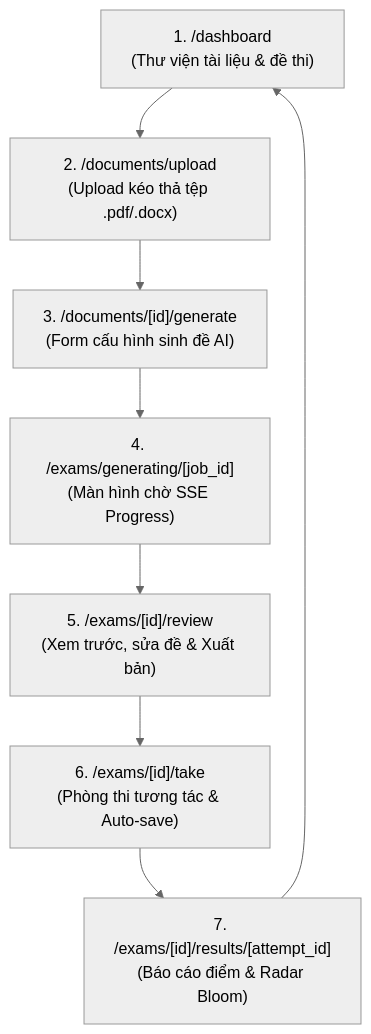
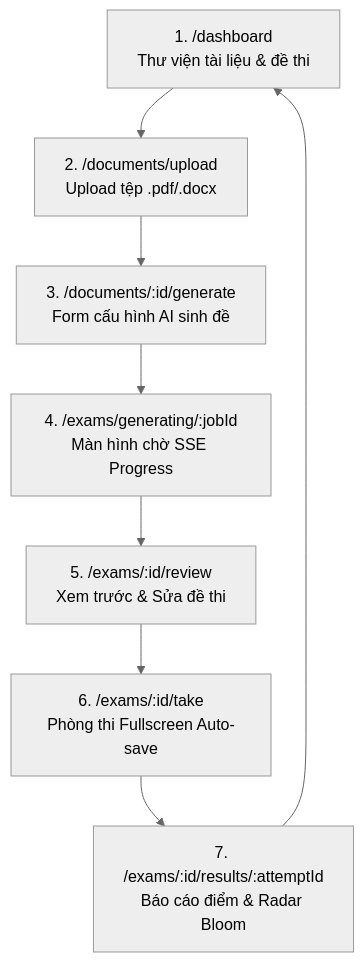
The diagram in docs/_architecture/frontend-architecture.md (LeVietAnh-189/OwnEdu), drawn with Mermaid (neutral theme) before and after one commit. The commit also changed other lines of this file and 75 other files, not shown here.

````diff
--- a/docs/_architecture/frontend-architecture.md
+++ b/docs/_architecture/frontend-architecture.md
@@ -18,18 +99,18 @@
 ```mermaid
 graph TD
-    Dashboard["1. /dashboard<br>(Thư viện tài liệu & đề thi)"]
-    Upload["2. /documents/upload<br>(Upload kéo thả tệp .pdf/.docx)"]
-    Config["3. /documents/[id]/generate<br>(Form cấu hình sinh đề AI)"]
-    Waiting["4. /exams/generating/[job_id]<br>(Màn hình chờ SSE Progress)"]
-    Review["5. /exams/[id]/review<br>(Xem trước, sửa đề & Xuất bản)"]
-    ExamRoom["6. /exams/[id]/take<br>(Phòng thi tương tác & Auto-save)"]
-    Result["7. /exams/[id]/results/[attempt_id]<br>(Báo cáo điểm & Radar Bloom)"]
+    Dashboard["1. /dashboard<br>Thư viện tài liệu & đề thi"]
+    Upload["2. /documents/upload<br>Upload tệp .pdf/.docx"]
+    Config["3. /documents/:id/generate<br>Form cấu hình AI sinh đề"]
+    Waiting["4. /exams/generating/:jobId<br>Màn hình chờ SSE Progress"]
+    Review["5. /exams/:id/review<br>Xem trước & Sửa đề thi"]
+    ExamRoom["6. /exams/:id/take<br>Phòng thi Fullscreen Auto-save"]
+    Result["7. /exams/:id/results/:attemptId<br>Báo cáo điểm & Radar Bloom"]
 
     Dashboard --> Upload
     Upload --> Config
     Config --> Waiting
     Waiting --> Review
     Review --> ExamRoom
     ExamRoom --> Result
     Result --> Dashboard
 ```
````
